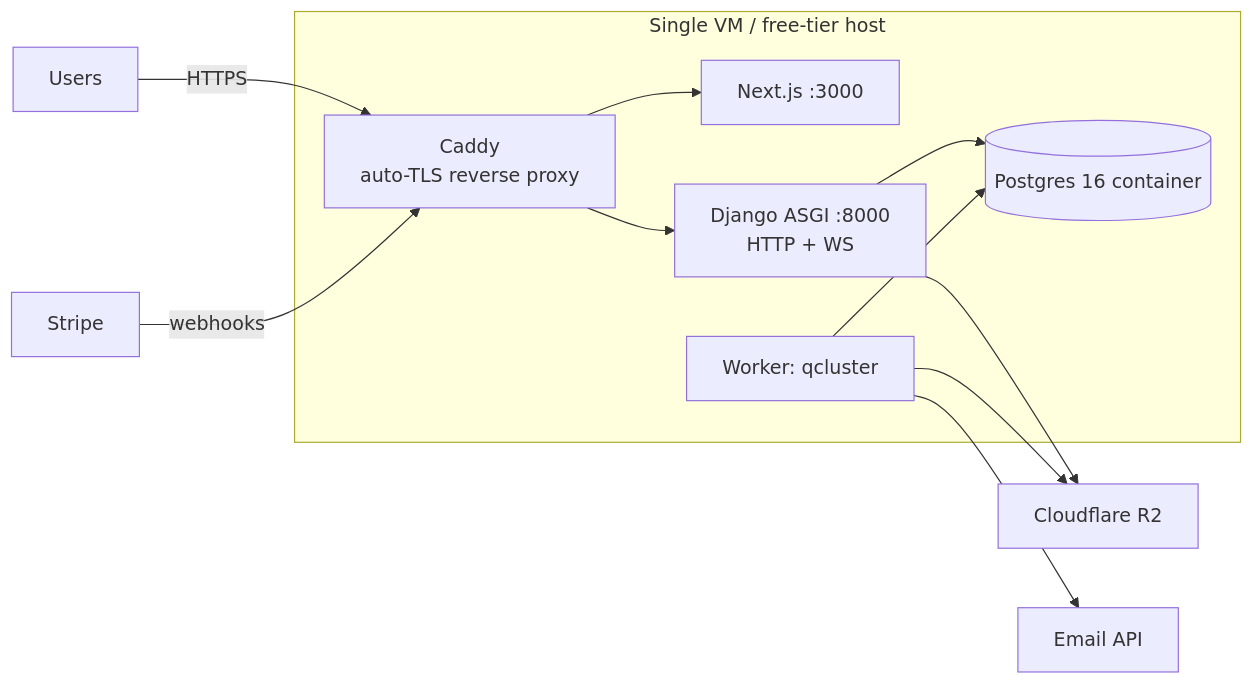
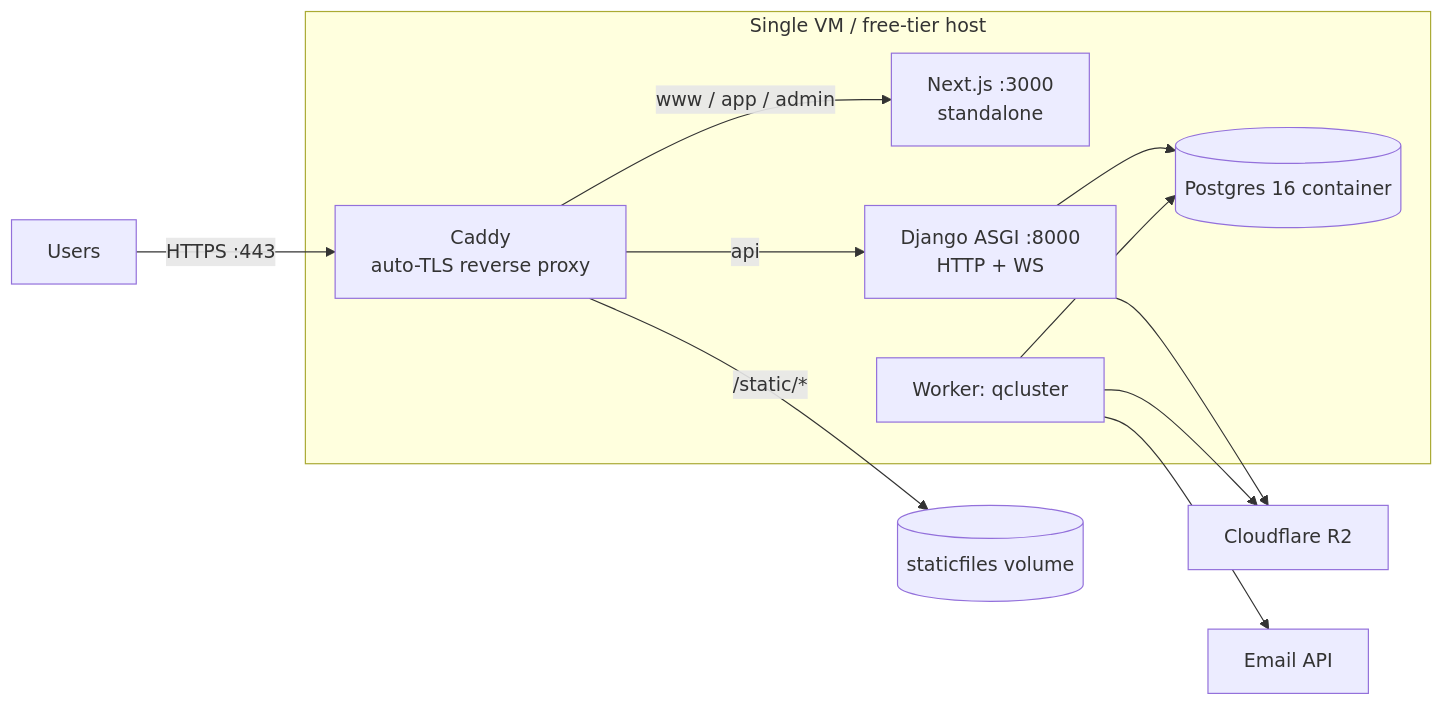
Before and after one commit to shaheenaslam10/knowledge-marketplace: the diagram in docs/architecture/deployment.md, drawn with Mermaid. The commit also changed other lines of this file and 8 other files, not shown here.

````diff
--- a/docs/architecture/deployment.md
+++ b/docs/architecture/deployment.md
@@ -7,14 +37,14 @@
 ```mermaid
 flowchart LR
-    U[Users] -->|HTTPS| C[Caddy<br/>auto-TLS reverse proxy]
-    C --> N[Next.js :3000]
-    C --> D[Django ASGI :8000<br/>HTTP + WS]
+    U[Users] -->|HTTPS :443| C[Caddy<br/>auto-TLS reverse proxy]
+    C -->|www / app / admin| N[Next.js :3000<br/>standalone]
+    C -->|api| D[Django ASGI :8000<br/>HTTP + WS]
+    C -->|/static/*| SV[(staticfiles volume)]
     subgraph VM["Single VM / free-tier host"]
         C; N; D; W[Worker: qcluster]
         PG[(Postgres 16 container)]
     end
     D --> PG; W --> PG
     D --> R2[Cloudflare R2]
     W --> R2; W --> E[Email API]
-    ST[Stripe] -->|webhooks| C
 ```
````
